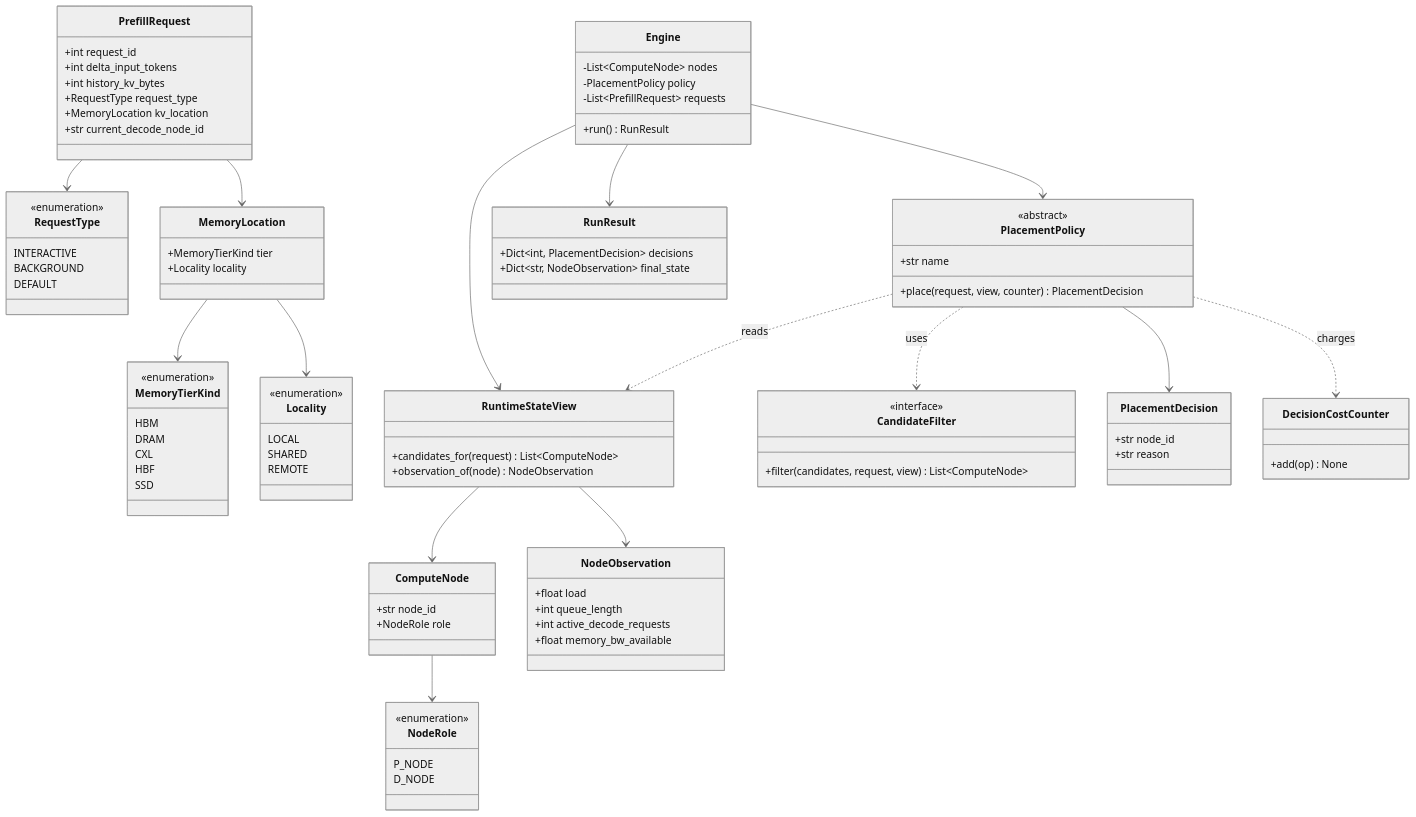
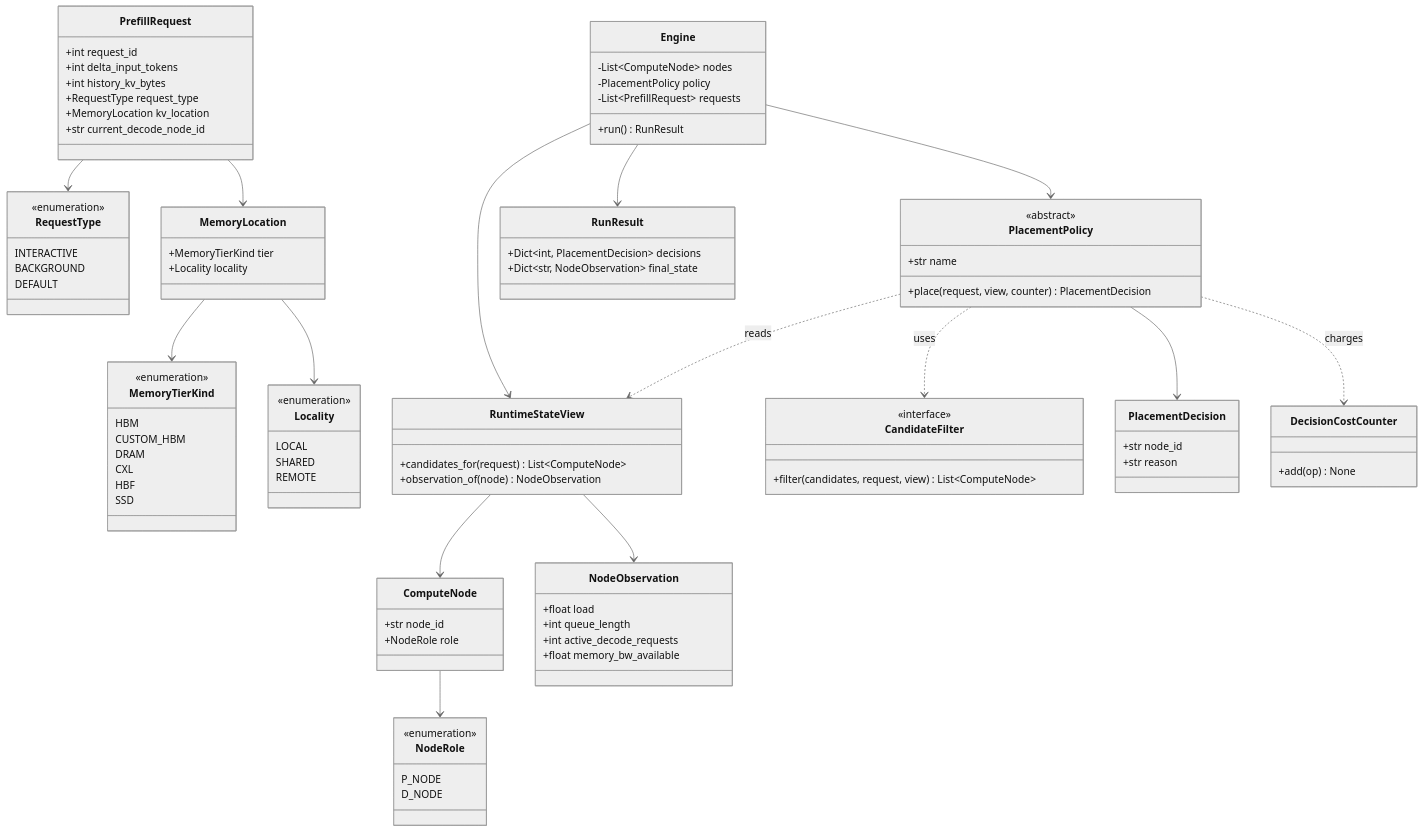
Before and after one commit to mkim0628/vllm: the second of 8 diagrams in doc-architect/dp2-implementation-uml.md, drawn with Mermaid (neutral theme). The commit also changed other lines of this file and 3 other files, not shown here.

```diff
--- a/doc-architect/dp2-implementation-uml.md
+++ b/doc-architect/dp2-implementation-uml.md
@@ -76,6 +75,7 @@
     class MemoryTierKind {
         <<enumeration>>
         HBM
+        CUSTOM_HBM
         DRAM
         CXL
         HBF
```
